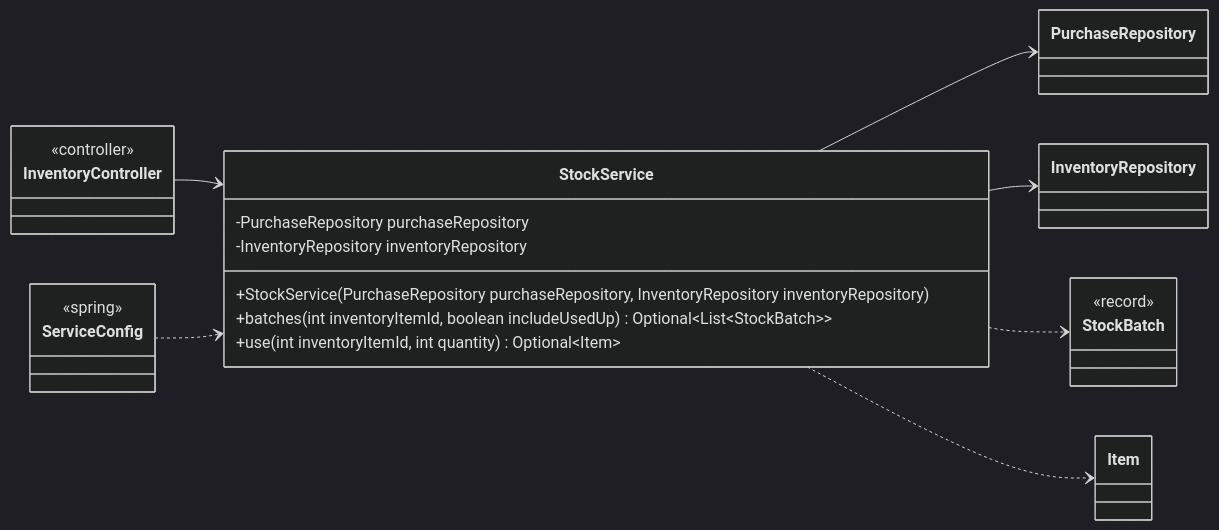
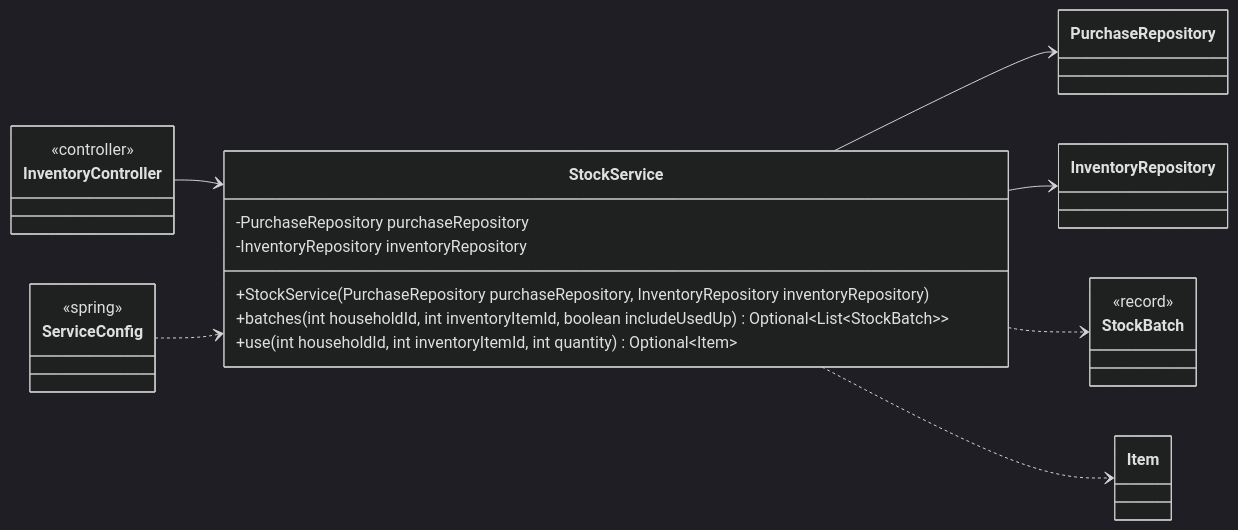
One commit to Nate-ryan-7690/dahaem changed the tenth of 10 diagrams in docs/classes/finance.md. Above: the diagram before and after it, drawn with Mermaid (dark theme). The commit also changed other lines of this file and 5 other files, not shown here.

````diff
--- a/docs/classes/finance.md
+++ b/docs/classes/finance.md
@@ -439,29 +439,29 @@
 ```mermaid
 classDiagram
     direction LR
     class finance_StockService["StockService"] {
         -PurchaseRepository purchaseRepository
         -InventoryRepository inventoryRepository
         +StockService(PurchaseRepository purchaseRepository, InventoryRepository inventoryRepository)
-        +batches(int inventoryItemId, boolean includeUsedUp) Optional~List~StockBatch~~
-        +use(int inventoryItemId, int quantity) Optional~Item~
+        +batches(int householdId, int inventoryItemId, boolean includeUsedUp) Optional~List~StockBatch~~
+        +use(int householdId, int inventoryItemId, int quantity) Optional~Item~
     }
     class finance_PurchaseRepository["PurchaseRepository"]
     class inventory_InventoryRepository["InventoryRepository"]
     class api_InventoryController["InventoryController"] {
         <<controller>>
     }
     class finance_StockBatch["StockBatch"] {
         <<record>>
     }
     class inventory_Item["Item"]
     class api_ServiceConfig["ServiceConfig"] {
         <<spring>>
     }
     finance_StockService --> finance_PurchaseRepository
     finance_StockService --> inventory_InventoryRepository
     finance_StockService ..> finance_StockBatch
     finance_StockService ..> inventory_Item
     api_InventoryController --> finance_StockService
     api_ServiceConfig ..> finance_StockService
 ```
````
